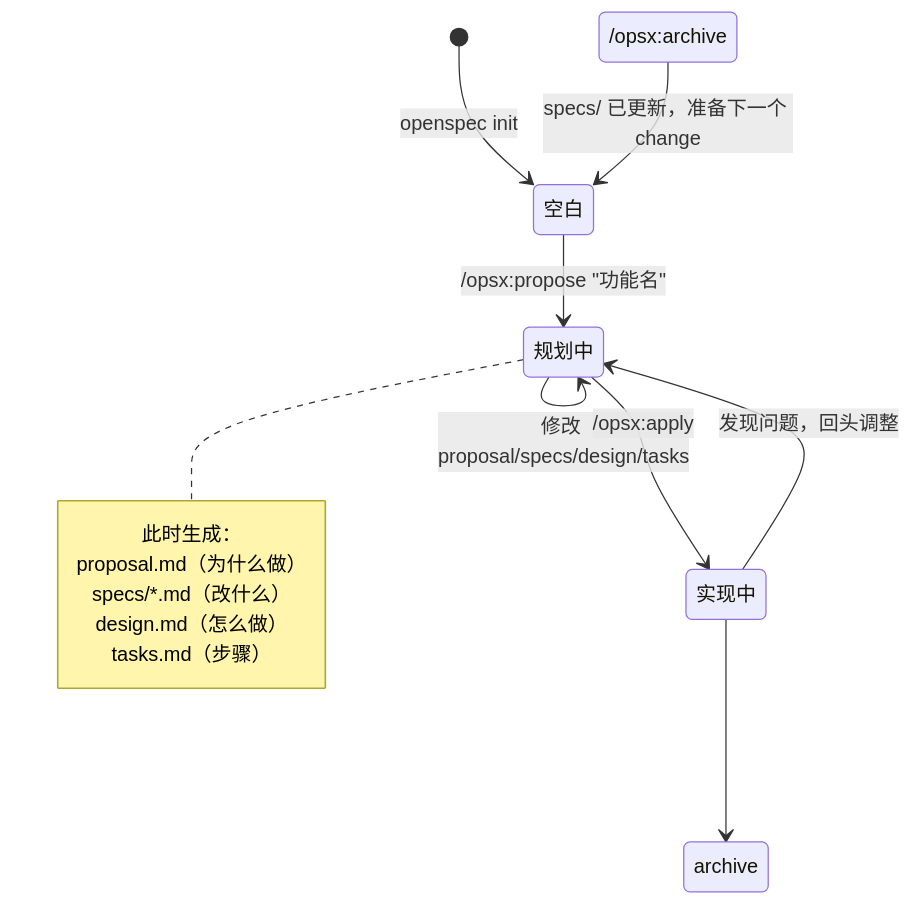
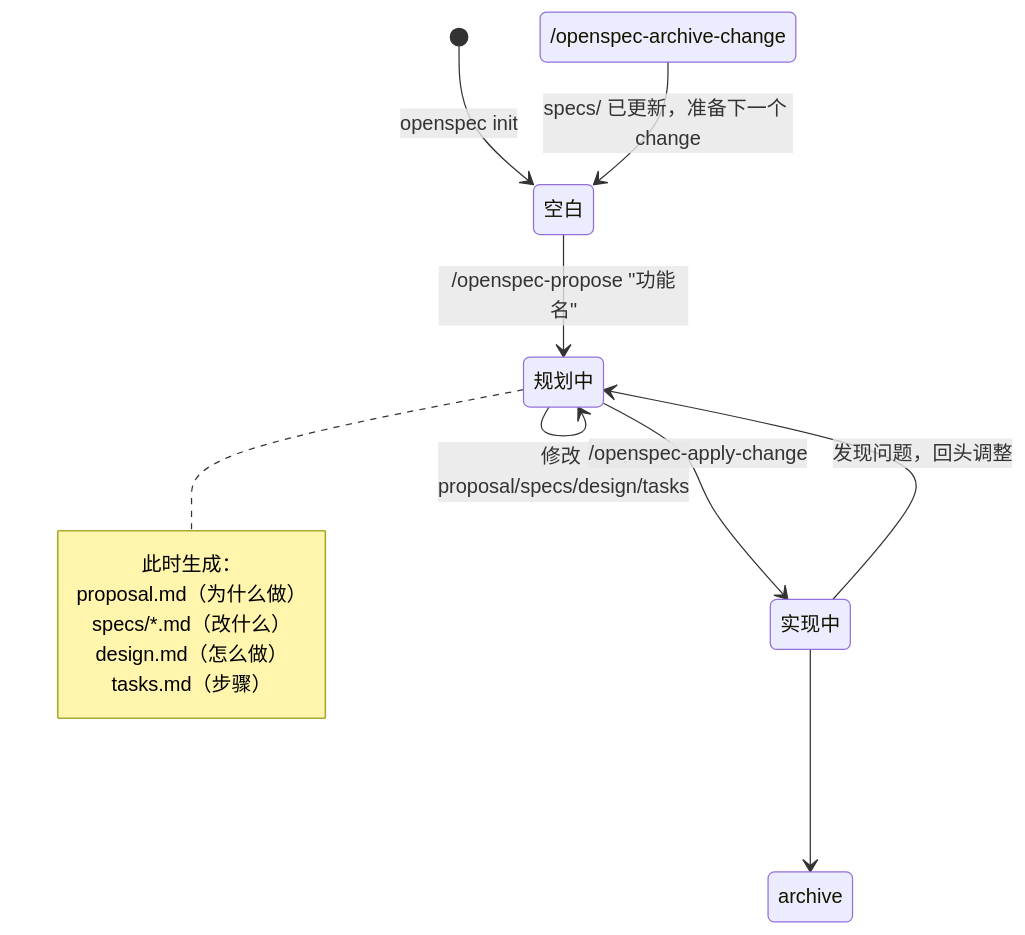
Before and after one commit to ethan-jiang-3/OpenSpec: the diagram in _openspec_handbook/01-初级-先把-openspec-用起来.md, drawn with Mermaid. The commit also changed other lines of this file and 67 other files, not shown here.

````diff
--- a/_openspec_handbook/01-初级-先把-openspec-用起来.md
+++ b/_openspec_handbook/01-初级-先把-openspec-用起来.md
@@ -78,18 +78,18 @@
 ```mermaid
 stateDiagram-v2
     [*] --> 空白: openspec init
-    空白 --> 规划中: /opsx:propose "功能名"
+    空白 --> 规划中: /openspec-propose "功能名"
     规划中 --> 规划中: 修改 proposal/specs/design/tasks
-    规划中 --> 实现中: /opsx:apply
+    规划中 --> 实现中: /openspec-apply-change
     实现中 --> 规划中: 发现问题，回头调整
-    实现中 --> archive 完成: /opsx:archive
+    实现中 --> archive 完成: /openspec-archive-change
     archive 完成 --> 空白: specs/ 已更新，准备下一个 change
     
     note right of 规划中
         此时生成：
         proposal.md（为什么做）
         specs/*.md（改什么）
         design.md（怎么做）
         tasks.md（步骤）
     end note
 ```
````
